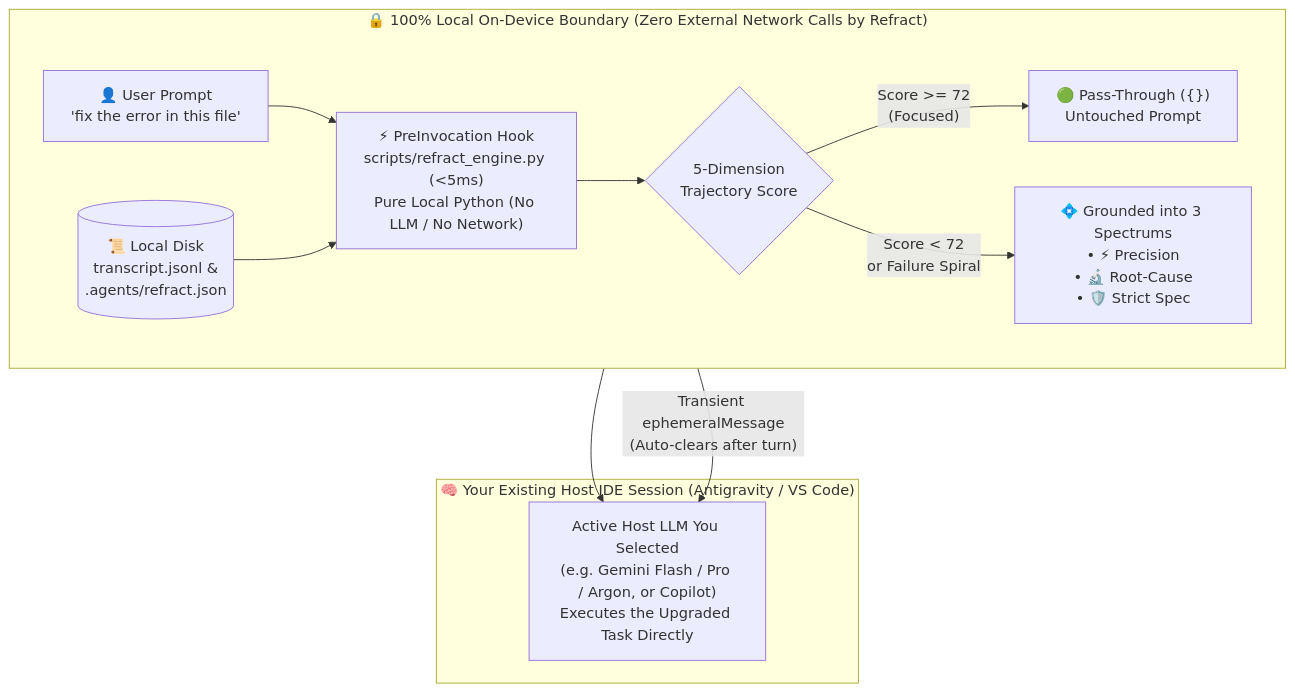
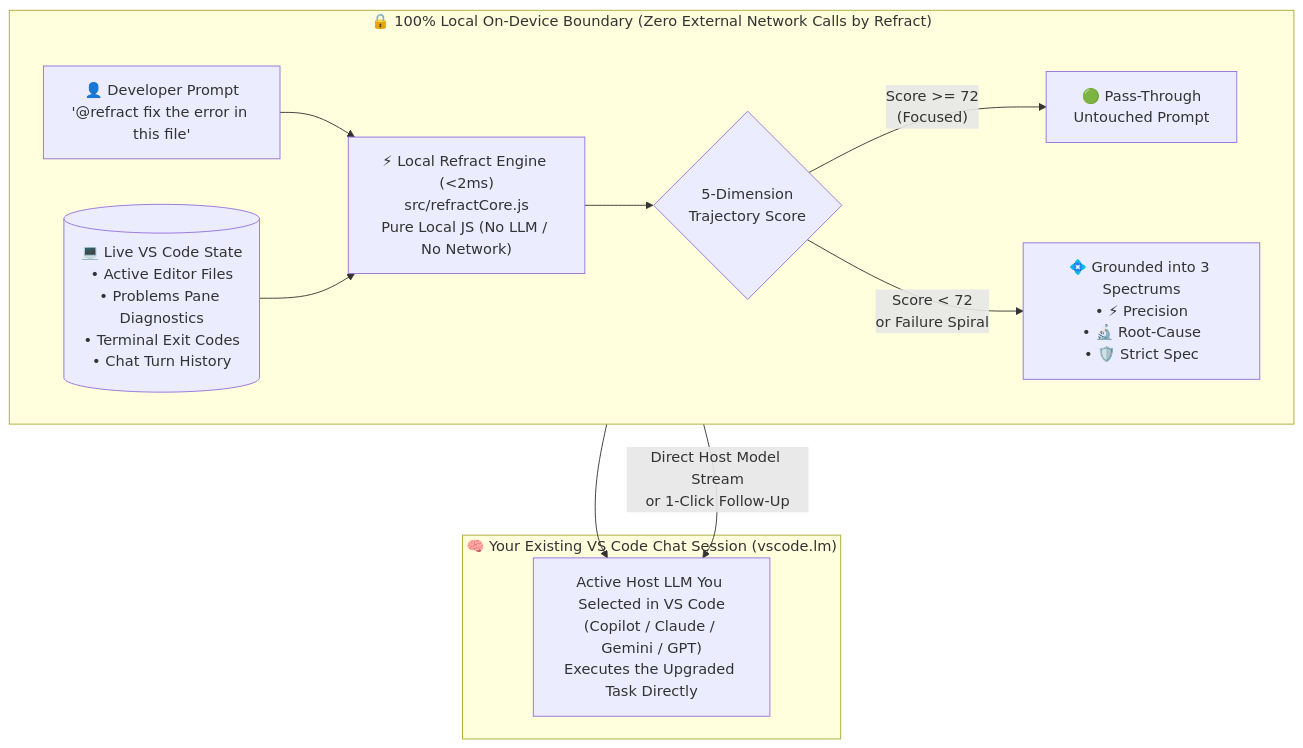
The diagram in README.md (damiththa/Refract), drawn with Mermaid before and after one commit. The commit also changed other lines of this file and 12 other files, not shown here.

Commit message:
feat(vscode): add VS Code extension (@refract chat participant, #refract LM tool, Cmd+Alt+P, scorecard webview) with zero-dependency .vsix packager and JS parity tests

````diff
--- a/README.md
+++ b/README.md
@@ -39,18 +39,18 @@
 ```mermaid
 flowchart TB
     subgraph LOCAL["🔒 100% Local On-Device Boundary (Zero External Network Calls by Refract)"]
         direction LR
-        U["👤 User Prompt\n'fix the error in this file'"] --> H["⚡ PreInvocation Hook\nscripts/refract_engine.py (<5ms)\nPure Local Python (No LLM / No Network)"]
-        T[("📜 Local Disk\ntranscript.jsonl &\n.agents/refract.json")] --> H
-        H --> D{"5-Dimension\nTrajectory Score"}
-        D -->|"Score >= 72\n(Focused)"| P["🟢 Pass-Through ({})\nUntouched Prompt"]
+        U["👤 Developer Prompt\n'@refract fix the error in this file'"] --> E["⚡ Local Refract Engine (<2ms)\nsrc/refractCore.js\nPure Local JS (No LLM / No Network)"]
+        IDE[("💻 Live VS Code State\n• Active Editor Files\n• Problems Pane Diagnostics\n• Terminal Exit Codes\n• Chat Turn History")] --> E
+        E --> D{"5-Dimension\nTrajectory Score"}
+        D -->|"Score >= 72\n(Focused)"| P["🟢 Pass-Through\nUntouched Prompt"]
         D -->|"Score < 72\nor Failure Spiral"| R["💠 Grounded into 3 Spectrums\n• ⚡ Precision\n• 🔬 Root-Cause\n• 🛡️ Strict Spec"]
     end
 
-    subgraph HOST["🧠 Your Existing Host IDE Session (Antigravity / VS Code)"]
-        M["Active Host LLM You Selected\n(e.g. Gemini Flash / Pro / Argon, or Copilot)\nExecutes the Upgraded Task Directly"]
+    subgraph HOST["🧠 Your Existing VS Code Chat Session (vscode.lm)"]
+        M["Active Host LLM You Selected in VS Code\n(Copilot / Claude / Gemini / GPT)\nExecutes the Upgraded Task Directly"]
     end
 
     P --> M
-    R -->|"Transient ephemeralMessage\n(Auto-clears after turn)"| M
+    R -->|"Direct Host Model Stream\nor 1-Click Follow-Up"| M
 ```
````
